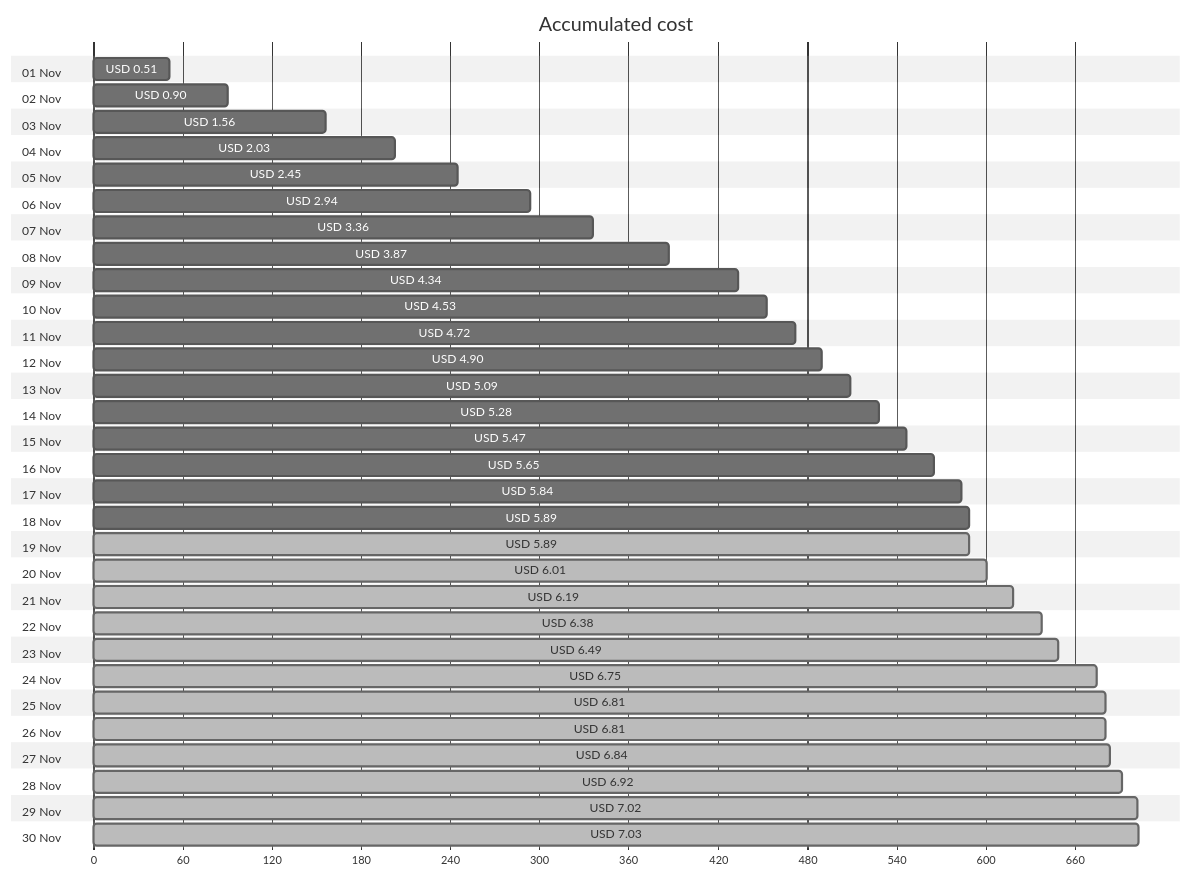
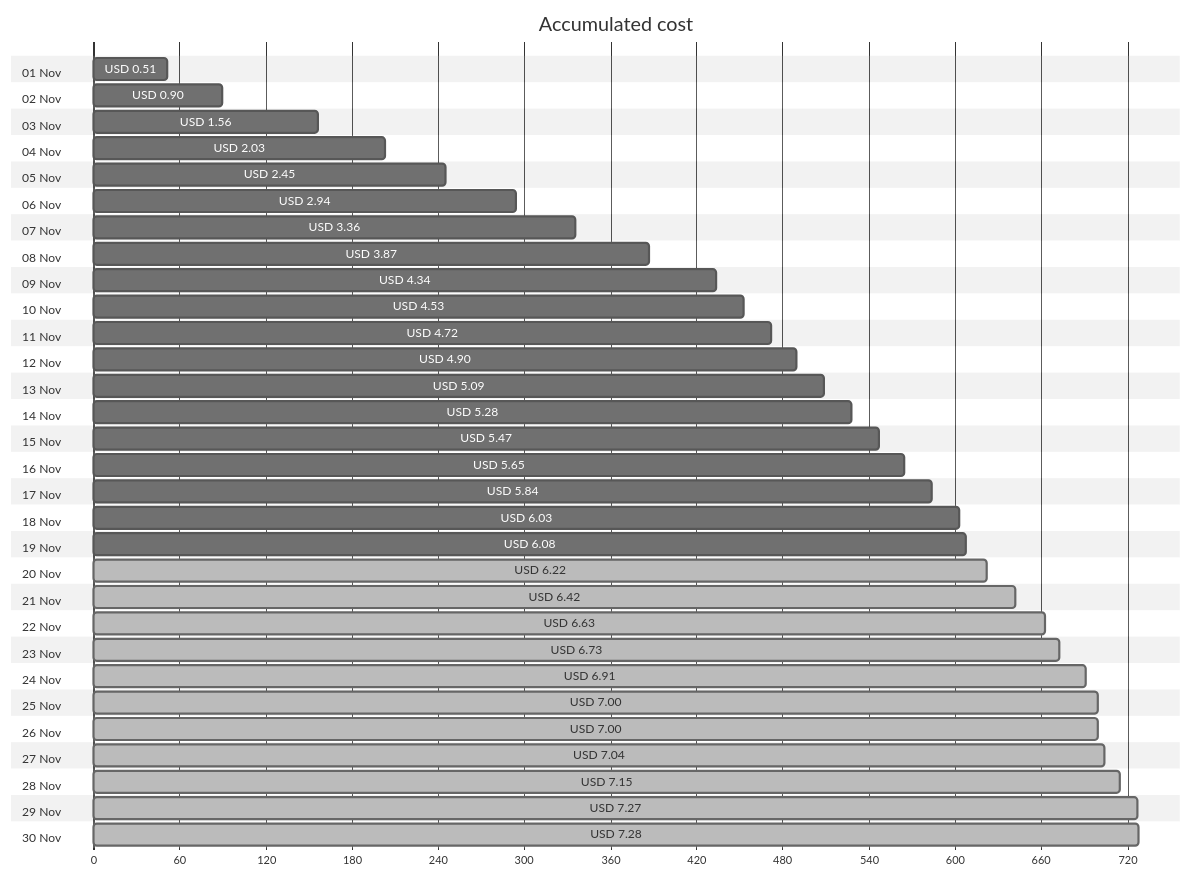
The first of 4 diagrams in cost-reports/personal-network/vpn-server.md (jpfulton/azure-personal-reports), drawn with Mermaid (neutral theme) before and after one commit. The commit also changed other lines of this file and 8 other files, not shown here.

````diff
--- a/cost-reports/personal-network/vpn-server.md
+++ b/cost-reports/personal-network/vpn-server.md
@@ -20,66 +20,66 @@
 ```mermaid
 gantt
    title Accumulated cost
    dateFormat  X
    axisFormat %s
    section 01 Nov
    USD 0.51 :0, 51
    section 02 Nov
    USD 0.90 :0, 90
    section 03 Nov
    USD 1.56 :0, 156
    section 04 Nov
    USD 2.03 :0, 203
    section 05 Nov
    USD 2.45 :0, 245
    section 06 Nov
    USD 2.94 :0, 294
    section 07 Nov
    USD 3.36 :0, 336
    section 08 Nov
    USD 3.87 :0, 387
    section 09 Nov
    USD 4.34 :0, 434
    section 10 Nov
    USD 4.53 :0, 453
    section 11 Nov
    USD 4.72 :0, 472
    section 12 Nov
    USD 4.90 :0, 490
    section 13 Nov
    USD 5.09 :0, 509
    section 14 Nov
    USD 5.28 :0, 528
    section 15 Nov
    USD 5.47 :0, 547
    section 16 Nov
    USD 5.65 :0, 565
    section 17 Nov
    USD 5.84 :0, 584
    section 18 Nov
-   USD 5.89 :0, 589
+   USD 6.03 :0, 603
    section 19 Nov
-   USD 5.89 : done, 0, 589
+   USD 6.08 :0, 608
    section 20 Nov
-   USD 6.01 : done, 0, 601
+   USD 6.22 : done, 0, 622
    section 21 Nov
-   USD 6.19 : done, 0, 619
+   USD 6.42 : done, 0, 642
    section 22 Nov
-   USD 6.38 : done, 0, 638
+   USD 6.63 : done, 0, 663
    section 23 Nov
-   USD 6.49 : done, 0, 649
+   USD 6.73 : done, 0, 673
    section 24 Nov
-   USD 6.75 : done, 0, 675
+   USD 6.91 : done, 0, 691
    section 25 Nov
-   USD 6.81 : done, 0, 681
+   USD 7.00 : done, 0, 700
    section 26 Nov
-   USD 6.81 : done, 0, 681
+   USD 7.00 : done, 0, 700
    section 27 Nov
-   USD 6.84 : done, 0, 684
+   USD 7.04 : done, 0, 704
    section 28 Nov
-   USD 6.92 : done, 0, 692
+   USD 7.15 : done, 0, 715
    section 29 Nov
-   USD 7.02 : done, 0, 702
+   USD 7.27 : done, 0, 727
    section 30 Nov
-   USD 7.03 : done, 0, 703
+   USD 7.28 : done, 0, 728
 ```
````
